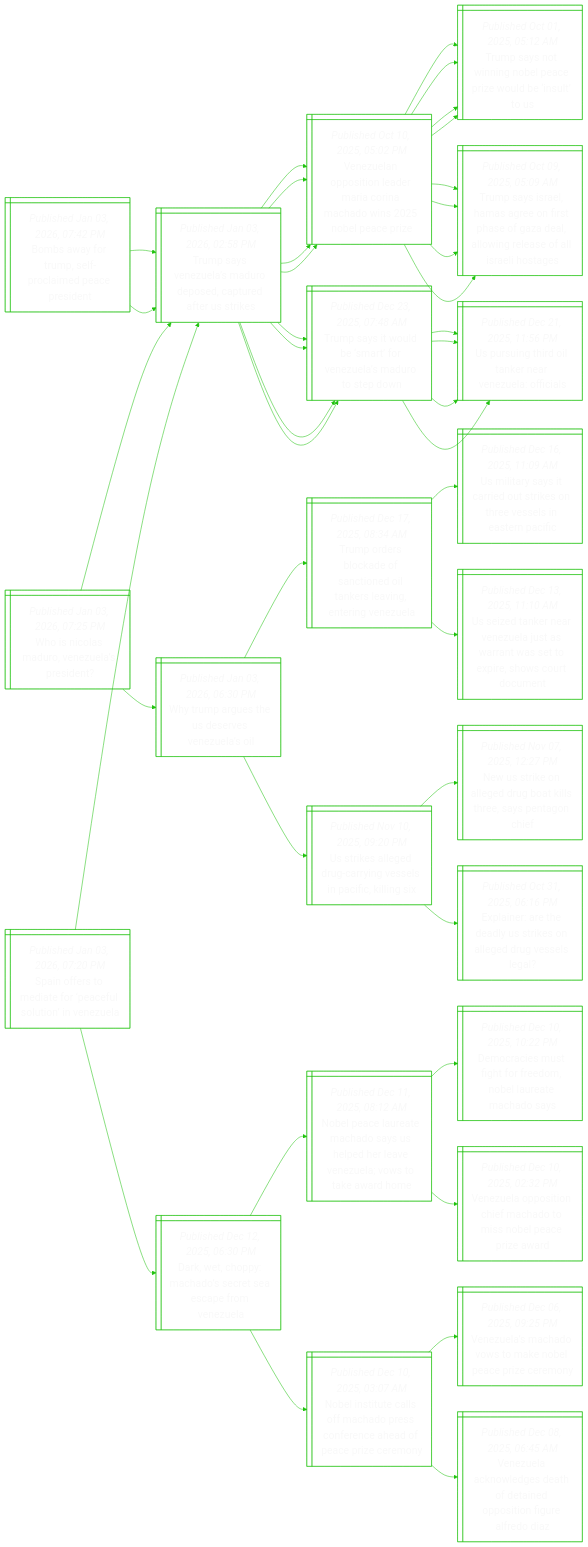
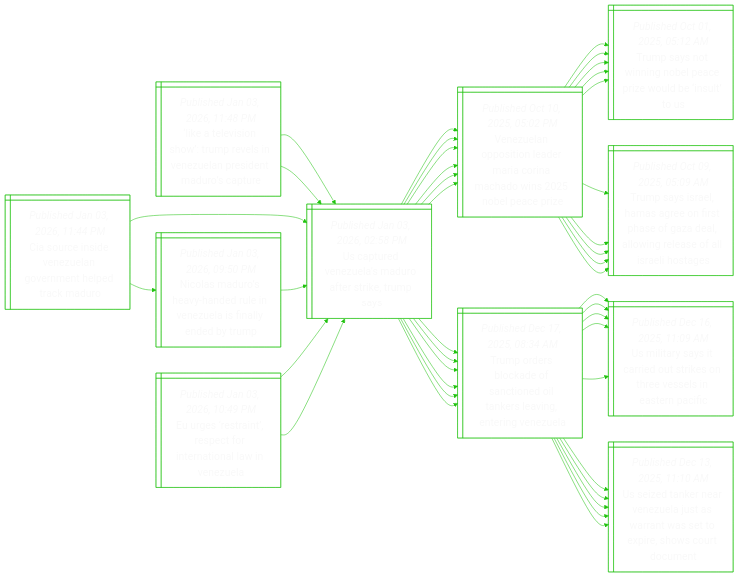
Before and after one commit to notJmes/notJmes: the diagram in README.md, drawn with Mermaid. The commit also changed other lines of this file, not shown here.

````diff
--- a/README.md
+++ b/README.md
@@ -16,130 +16,133 @@
 flowchart LR
 classDef txtsize font-size:20px;
 
-Baomfldei@{ shape: win-pane, label: "_Published Jan 03, 2026, 07:42 PM_
-Bombs away for trump, self-proclaimed peace president" }
-TseeadetaUi@{ shape: win-pane, label: "_Published Jan 03, 2026, 02:58 PM_
-Trump says venezuela’s maduro deposed, captured after us strikes" }
+Ltisreieastrp@{ shape: win-pane, label: "_Published Jan 03, 2026, 11:48 PM_
+‘like a television show’: trump revels in venezuelan president maduro’s capture" }
+UtVuMorkms@{ shape: win-pane, label: "_Published Jan 03, 2026, 02:58 PM_
+Us captured venezuela’s maduro after strike, trump says" }
 Vuoilranhibai@{ shape: win-pane, label: "_Published Oct 10, 2025, 05:02 PM_
 Venezuelan opposition leader maria corina machado wins 2025 nobel peace prize" }
 TsonoeroelS@{ shape: win-pane, label: "_Published Oct 01, 2025, 05:12 AM_
 Trump says not winning nobel peace prize would be ‘insult’ to us" }
 TssHaossaaorslaoe@{ shape: win-pane, label: "_Published Oct 09, 2025, 05:09 AM_
 Trump says israel, hamas agree on first phase of gaza deal, allowing release of all israeli hostages" }
-Tstdarzsrtw@{ shape: win-pane, label: "_Published Dec 23, 2025, 07:48 AM_
-Trump says it would be ‘smart’ for venezuela’s maduro to step down" }
-Ustonenlis@{ shape: win-pane, label: "_Published Dec 21, 2025, 11:56 PM_
-Us pursuing third oil tanker near venezuela: officials" }
-TseeadetaUi@{ shape: win-pane, label: "_Published Jan 03, 2026, 02:58 PM_
-Trump says venezuela’s maduro deposed, captured after us strikes" }
+Toskftdasitgz@{ shape: win-pane, label: "_Published Dec 17, 2025, 08:34 AM_
+Trump orders blockade of sanctioned oil tankers leaving, entering venezuela" }
+Uistitktvlanf@{ shape: win-pane, label: "_Published Dec 16, 2025, 11:09 AM_
+Us military says it carried out strikes on three vessels in eastern pacific" }
+Uznenltrwtphoon@{ shape: win-pane, label: "_Published Dec 13, 2025, 11:10 AM_
+Us seized tanker near venezuela just as warrant was set to expire, shows court document" }
+UtVuMorkms@{ shape: win-pane, label: "_Published Jan 03, 2026, 02:58 PM_
+Us captured venezuela’s maduro after strike, trump says" }
 Vuoilranhibai@{ shape: win-pane, label: "_Published Oct 10, 2025, 05:02 PM_
 Venezuelan opposition leader maria corina machado wins 2025 nobel peace prize" }
 TsonoeroelS@{ shape: win-pane, label: "_Published Oct 01, 2025, 05:12 AM_
 Trump says not winning nobel peace prize would be ‘insult’ to us" }
 TssHaossaaorslaoe@{ shape: win-pane, label: "_Published Oct 09, 2025, 05:09 AM_
 Trump says israel, hamas agree on first phase of gaza deal, allowing release of all israeli hostages" }
-Tstdarzsrtw@{ shape: win-pane, label: "_Published Dec 23, 2025, 07:48 AM_
-Trump says it would be ‘smart’ for venezuela’s maduro to step down" }
-Ustonenlis@{ shape: win-pane, label: "_Published Dec 21, 2025, 11:56 PM_
-Us pursuing third oil tanker near venezuela: officials" }
+Toskftdasitgz@{ shape: win-pane, label: "_Published Dec 17, 2025, 08:34 AM_
+Trump orders blockade of sanctioned oil tankers leaving, entering venezuela" }
+Uistitktvlanf@{ shape: win-pane, label: "_Published Dec 16, 2025, 11:09 AM_
+Us military says it carried out strikes on three vessels in eastern pacific" }
+Uznenltrwtphoon@{ shape: win-pane, label: "_Published Dec 13, 2025, 11:10 AM_
+Us seized tanker near venezuela just as warrant was set to expire, shows court document" }
 
-Baomfldei:::txtsize --> TseeadetaUi:::txtsize
-TseeadetaUi:::txtsize --> Vuoilranhibai:::txtsize
+Ltisreieastrp:::txtsize --> UtVuMorkms:::txtsize
+UtVuMorkms:::txtsize --> Vuoilranhibai:::txtsize
 Vuoilranhibai:::txtsize --> TsonoeroelS:::txtsize
 Vuoilranhibai:::txtsize --> TssHaossaaorslaoe:::txtsize
-TseeadetaUi:::txtsize --> Tstdarzsrtw:::txtsize
-Tstdarzsrtw:::txtsize --> Ustonenlis:::txtsize
-Baomfldei:::txtsize --> TseeadetaUi:::txtsize
-TseeadetaUi:::txtsize --> Vuoilranhibai:::txtsize
+UtVuMorkms:::txtsize --> Toskftdasitgz:::txtsize
+Toskftdasitgz:::txtsize --> Uistitktvlanf:::txtsize
+Toskftdasitgz:::txtsize --> Uznenltrwtphoon:::txtsize
+Ltisreieastrp:::txtsize --> UtVuMorkms:::txtsize
+UtVuMorkms:::txtsize --> Vuoilranhibai:::txtsize
 Vuoilranhibai:::txtsize --> TsonoeroelS:::txtsize
 Vuoilranhibai:::txtsize --> TssHaossaaorslaoe:::txtsize
-TseeadetaUi:::txtsize --> Tstdarzsrtw:::txtsize
-Tstdarzsrtw:::txtsize --> Ustonenlis:::txtsize
+UtVuMorkms:::txtsize --> Toskftdasitgz:::txtsize
+Toskftdasitgz:::txtsize --> Uistitktvlanf:::txtsize
+Toskftdasitgz:::txtsize --> Uznenltrwtphoon:::txtsize
 
-WNaunlen@{ shape: win-pane, label: "_Published Jan 03, 2026, 07:25 PM_
-Who is nicolas maduro, venezuela’s president?" }
-TseeadetaUi@{ shape: win-pane, label: "_Published Jan 03, 2026, 02:58 PM_
-Trump says venezuela’s maduro deposed, captured after us strikes" }
+CunVugnhdkr@{ shape: win-pane, label: "_Published Jan 03, 2026, 11:44 PM_
+Cia source inside venezuelan government helped track maduro" }
+UtVuMorkms@{ shape: win-pane, label: "_Published Jan 03, 2026, 02:58 PM_
+Us captured venezuela’s maduro after strike, trump says" }
 Vuoilranhibai@{ shape: win-pane, label: "_Published Oct 10, 2025, 05:02 PM_
 Venezuelan opposition leader maria corina machado wins 2025 nobel peace prize" }
 TsonoeroelS@{ shape: win-pane, label: "_Published Oct 01, 2025, 05:12 AM_
 Trump says not winning nobel peace prize would be ‘insult’ to us" }
 TssHaossaaorslaoe@{ shape: win-pane, label: "_Published Oct 09, 2025, 05:09 AM_
 Trump says israel, hamas agree on first phase of gaza deal, allowing release of all israeli hostages" }
-Tstdarzsrtw@{ shape: win-pane, label: "_Published Dec 23, 2025, 07:48 AM_
-Trump says it would be ‘smart’ for venezuela’s maduro to step down" }
-Ustonenlis@{ shape: win-pane, label: "_Published Dec 21, 2025, 11:56 PM_
-Us pursuing third oil tanker near venezuela: officials" }
-Wugheeea@{ shape: win-pane, label: "_Published Jan 03, 2026, 06:30 PM_
-Why trump argues the us deserves venezuela’s oil" }
 Toskftdasitgz@{ shape: win-pane, label: "_Published Dec 17, 2025, 08:34 AM_
 Trump orders blockade of sanctioned oil tankers leaving, entering venezuela" }
 Uistitktvlanf@{ shape: win-pane, label: "_Published Dec 16, 2025, 11:09 AM_
 Us military says it carried out strikes on three vessels in eastern pacific" }
 Uznenltrwtphoon@{ shape: win-pane, label: "_Published Dec 13, 2025, 11:10 AM_
 Us seized tanker near venezuela just as warrant was set to expire, shows court document" }
-Uildcisiiig@{ shape: win-pane, label: "_Published Nov 10, 2025, 09:20 PM_
-Us strikes alleged drug-carrying vessels in pacific, killing six" }
-Nseldolrytc@{ shape: win-pane, label: "_Published Nov 07, 2025, 12:27 PM_
-New us strike on alleged drug boat kills three, says pentagon chief" }
-Eirdyroersl@{ shape: win-pane, label: "_Published Oct 31, 2025, 06:16 PM_
-Explainer: are the deadly us strikes on alleged drug vessels legal?​" }
+Nauearnzianyp@{ shape: win-pane, label: "_Published Jan 03, 2026, 09:50 PM_
+Nicolas maduro’s heavy-handed rule in venezuela is finally ended by trump" }
+UtVuMorkms@{ shape: win-pane, label: "_Published Jan 03, 2026, 02:58 PM_
+Us captured venezuela’s maduro after strike, trump says" }
+Vuoilranhibai@{ shape: win-pane, label: "_Published Oct 10, 2025, 05:02 PM_
+Venezuelan opposition leader maria corina machado wins 2025 nobel peace prize" }
+Toskftdasitgz@{ shape: win-pane, label: "_Published Dec 17, 2025, 08:34 AM_
+Trump orders blockade of sanctioned oil tankers leaving, entering venezuela" }
 
-WNaunlen:::txtsize --> TseeadetaUi:::txtsize
-TseeadetaUi:::txtsize --> Vuoilranhibai:::txtsize
+CunVugnhdkr:::txtsize --> UtVuMorkms:::txtsize
+UtVuMorkms:::txtsize --> Vuoilranhibai:::txtsize
 Vuoilranhibai:::txtsize --> TsonoeroelS:::txtsize
 Vuoilranhibai:::txtsize --> TssHaossaaorslaoe:::txtsize
-TseeadetaUi:::txtsize --> Tstdarzsrtw:::txtsize
-Tstdarzsrtw:::txtsize --> Ustonenlis:::txtsize
-WNaunlen:::txtsize --> Wugheeea:::txtsize
-Wugheeea:::txtsize --> Toskftdasitgz:::txtsize
+UtVuMorkms:::txtsize --> Toskftdasitgz:::txtsize
 Toskftdasitgz:::txtsize --> Uistitktvlanf:::txtsize
 Toskftdasitgz:::txtsize --> Uznenltrwtphoon:::txtsize
-Wugheeea:::txtsize --> Uildcisiiig:::txtsize
-Uildcisiiig:::txtsize --> Nseldolrytc:::txtsize
-Uildcisiiig:::txtsize --> Eirdyroersl:::txtsize
+CunVugnhdkr:::txtsize --> Nauearnzianyp:::txtsize
+Nauearnzianyp:::txtsize --> UtVuMorkms:::txtsize
+UtVuMorkms:::txtsize --> Vuoilranhibai:::txtsize
+UtVuMorkms:::txtsize --> Toskftdasitgz:::txtsize
 
-Sosdfaltnz@{ shape: win-pane, label: "_Published Jan 03, 2026, 07:20 PM_
-Spain offers to mediate for ‘peaceful solution’ in venezuela" }
-TseeadetaUi@{ shape: win-pane, label: "_Published Jan 03, 2026, 02:58 PM_
-Trump says venezuela’s maduro deposed, captured after us strikes" }
+Eetterroaee@{ shape: win-pane, label: "_Published Jan 03, 2026, 10:49 PM_
+Eu urges ‘restraint’, respect for international law in venezuela" }
+UtVuMorkms@{ shape: win-pane, label: "_Published Jan 03, 2026, 02:58 PM_
+Us captured venezuela’s maduro after strike, trump says" }
 Vuoilranhibai@{ shape: win-pane, label: "_Published Oct 10, 2025, 05:02 PM_
 Venezuelan opposition leader maria corina machado wins 2025 nobel peace prize" }
 TsonoeroelS@{ shape: win-pane, label: "_Published Oct 01, 2025, 05:12 AM_
 Trump says not winning nobel peace prize would be ‘insult’ to us" }
 TssHaossaaorslaoe@{ shape: win-pane, label: "_Published Oct 09, 2025, 05:09 AM_
 Trump says israel, hamas agree on first phase of gaza deal, allowing release of all israeli hostages" }
-Tstdarzsrtw@{ shape: win-pane, label: "_Published Dec 23, 2025, 07:48 AM_
-Trump says it would be ‘smart’ for venezuela’s maduro to step down" }
-Ustonenlis@{ shape: win-pane, label: "_Published Dec 21, 2025, 11:56 PM_
-Us pursuing third oil tanker near venezuela: officials" }
-DepcseeeVu@{ shape: win-pane, label: "_Published Dec 12, 2025, 06:30 PM_
-Dark, wet, choppy: machado’s secret sea escape from venezuela" }
-NPlacsSelVuotwo@{ shape: win-pane, label: "_Published Dec 11, 2025, 08:12 AM_
-Nobel peace laureate machado says us helped her leave venezuela; vows to take award home" }
-DrsffeNlacs@{ shape: win-pane, label: "_Published Dec 10, 2025, 10:22 PM_
-Democracies must fight for freedom, nobel laureate machado says" }
-Vupthaoseczr@{ shape: win-pane, label: "_Published Dec 10, 2025, 02:32 PM_
-Venezuela opposition chief machado to miss nobel peace prize award" }
-NItafhroehfeem@{ shape: win-pane, label: "_Published Dec 10, 2025, 03:07 AM_
-Nobel institute calls off machado press conference ahead of peace prize ceremony" }
-VuMdskecze@{ shape: win-pane, label: "_Published Dec 06, 2025, 09:25 PM_
-Venezuela’s machado vows to make nobel peace prize ceremony" }
-Vuclshtdsnrri@{ shape: win-pane, label: "_Published Dec 08, 2025, 06:45 AM_
-Venezuela acknowledges death of detained opposition figure alfredo diaz" }
+Toskftdasitgz@{ shape: win-pane, label: "_Published Dec 17, 2025, 08:34 AM_
+Trump orders blockade of sanctioned oil tankers leaving, entering venezuela" }
+Uistitktvlanf@{ shape: win-pane, label: "_Published Dec 16, 2025, 11:09 AM_
+Us military says it carried out strikes on three vessels in eastern pacific" }
+Uznenltrwtphoon@{ shape: win-pane, label: "_Published Dec 13, 2025, 11:10 AM_
+Us seized tanker near venezuela just as warrant was set to expire, shows court document" }
+UtVuMorkms@{ shape: win-pane, label: "_Published Jan 03, 2026, 02:58 PM_
+Us captured venezuela’s maduro after strike, trump says" }
+Vuoilranhibai@{ shape: win-pane, label: "_Published Oct 10, 2025, 05:02 PM_
+Venezuelan opposition leader maria corina machado wins 2025 nobel peace prize" }
+TsonoeroelS@{ shape: win-pane, label: "_Published Oct 01, 2025, 05:12 AM_
+Trump says not winning nobel peace prize would be ‘insult’ to us" }
+TssHaossaaorslaoe@{ shape: win-pane, label: "_Published Oct 09, 2025, 05:09 AM_
+Trump says israel, hamas agree on first phase of gaza deal, allowing release of all israeli hostages" }
+Toskftdasitgz@{ shape: win-pane, label: "_Published Dec 17, 2025, 08:34 AM_
+Trump orders blockade of sanctioned oil tankers leaving, entering venezuela" }
+Uistitktvlanf@{ shape: win-pane, label: "_Published Dec 16, 2025, 11:09 AM_
+Us military says it carried out strikes on three vessels in eastern pacific" }
+Uznenltrwtphoon@{ shape: win-pane, label: "_Published Dec 13, 2025, 11:10 AM_
+Us seized tanker near venezuela just as warrant was set to expire, shows court document" }
 
-Sosdfaltnz:::txtsize --> TseeadetaUi:::txtsize
-TseeadetaUi:::txtsize --> Vuoilranhibai:::txtsize
+Eetterroaee:::txtsize --> UtVuMorkms:::txtsize
+UtVuMorkms:::txtsize --> Vuoilranhibai:::txtsize
 Vuoilranhibai:::txtsize --> TsonoeroelS:::txtsize
 Vuoilranhibai:::txtsize --> TssHaossaaorslaoe:::txtsize
-TseeadetaUi:::txtsize --> Tstdarzsrtw:::txtsize
-Tstdarzsrtw:::txtsize --> Ustonenlis:::txtsize
-Sosdfaltnz:::txtsize --> DepcseeeVu:::txtsize
-DepcseeeVu:::txtsize --> NPlacsSelVuotwo:::txtsize
-NPlacsSelVuotwo:::txtsize --> DrsffeNlacs:::txtsize
-NPlacsSelVuotwo:::txtsize --> Vupthaoseczr:::txtsize
-DepcseeeVu:::txtsize --> NItafhroehfeem:::txtsize
-NItafhroehfeem:::txtsize --> VuMdskecze:::txtsize
-NItafhroehfeem:::txtsize --> Vuclshtdsnrri:::txtsize
+UtVuMorkms:::txtsize --> Toskftdasitgz:::txtsize
+Toskftdasitgz:::txtsize --> Uistitktvlanf:::txtsize
+Toskftdasitgz:::txtsize --> Uznenltrwtphoon:::txtsize
+Eetterroaee:::txtsize --> UtVuMorkms:::txtsize
+UtVuMorkms:::txtsize --> Vuoilranhibai:::txtsize
+Vuoilranhibai:::txtsize --> TsonoeroelS:::txtsize
+Vuoilranhibai:::txtsize --> TssHaossaaorslaoe:::txtsize
+UtVuMorkms:::txtsize --> Toskftdasitgz:::txtsize
+Toskftdasitgz:::txtsize --> Uistitktvlanf:::txtsize
+Toskftdasitgz:::txtsize --> Uznenltrwtphoon:::txtsize
 
 ```
````
